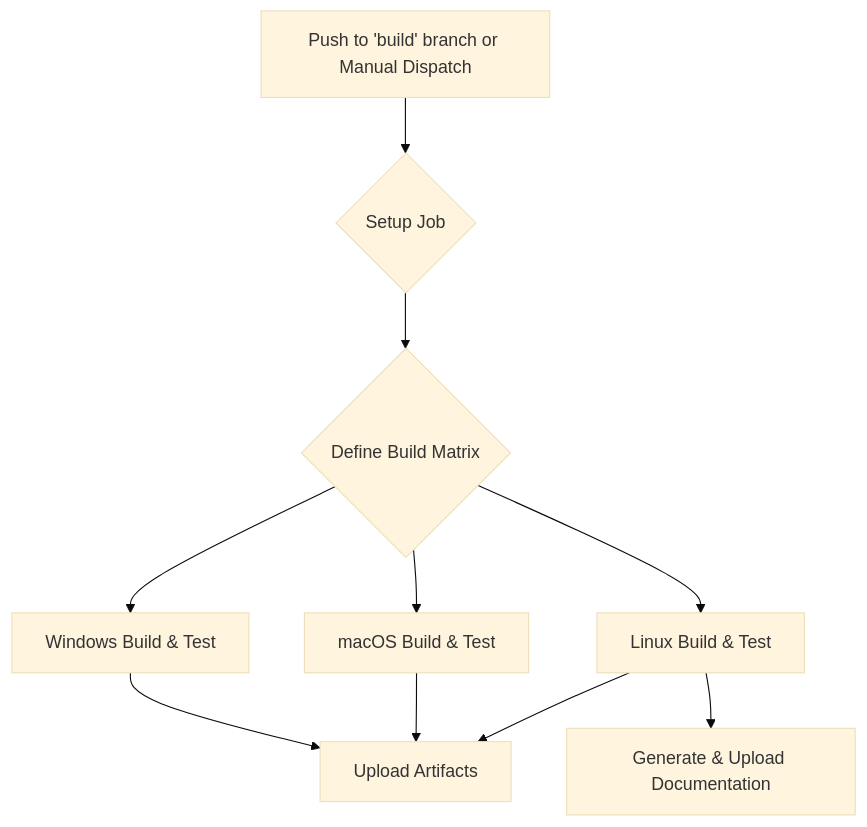
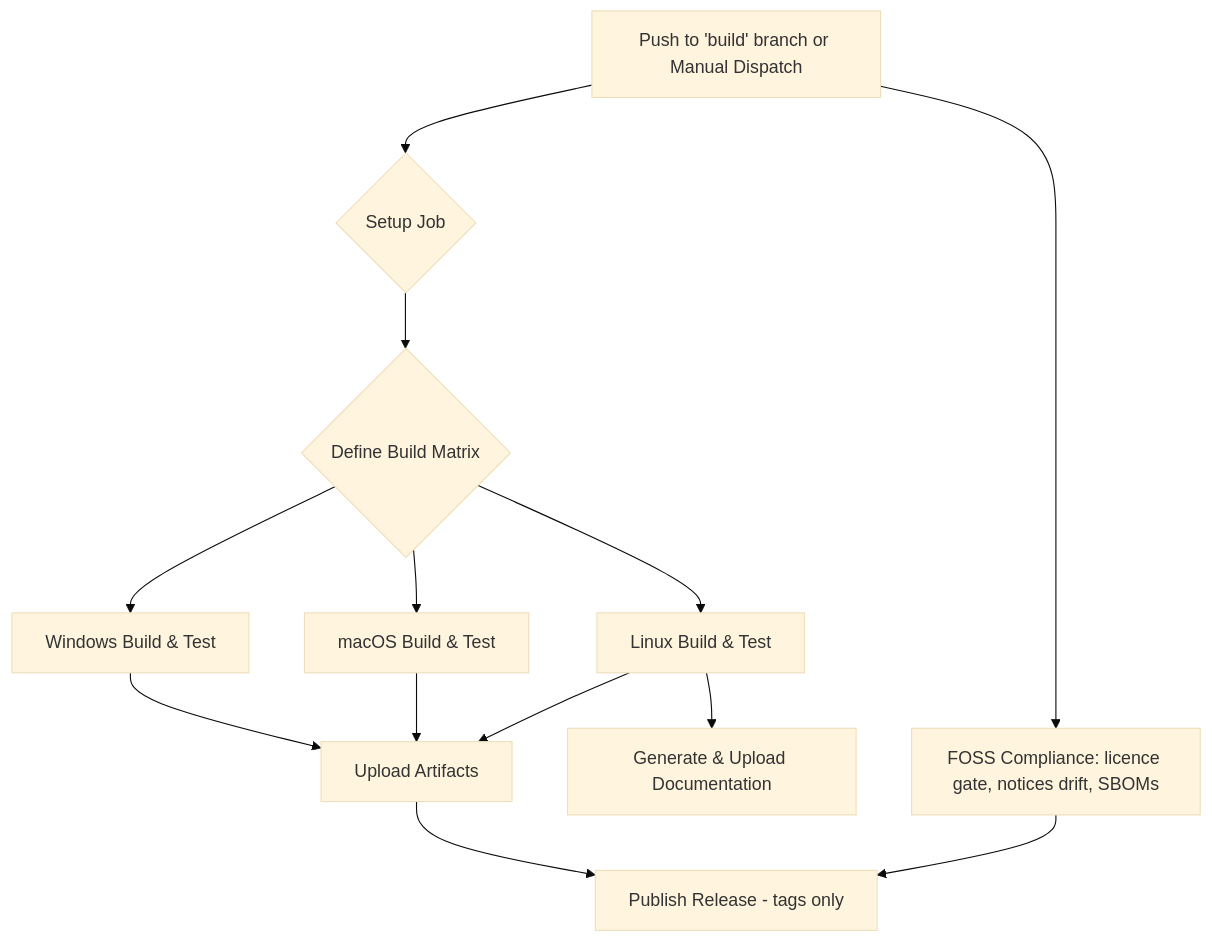
One commit to blessia-blessini/lattice changed the fourth of 8 diagrams in docs/30-architecture.md. Above: the diagram before and after it, drawn with Mermaid (base theme). The commit also changed other lines of this file and 13 other files, not shown here.

First line of the commit message:
DOCS: Add chapter FOS - third-party licence compliance - and its trace

````diff
--- a/docs/30-architecture.md
+++ b/docs/30-architecture.md
@@ -291,14 +291,18 @@
 ```mermaid
 graph TD
     A[Push to 'build' branch or Manual Dispatch] --> B{Setup Job};
     B --> C{Define Build Matrix};
     C --> D1[Windows Build & Test];
     C --> D2[macOS Build & Test];
     C --> D3[Linux Build & Test];
     
     D1 --> E[Upload Artifacts];
     D2 --> E[Upload Artifacts];
     D3 --> E[Upload Artifacts];
 
     D3 --> F[Generate & Upload Documentation];
+
+    A --> G[FOSS Compliance: licence gate, notices drift, SBOMs];
+    E --> H[Publish Release - tags only];
+    G --> H;
 ```
````
